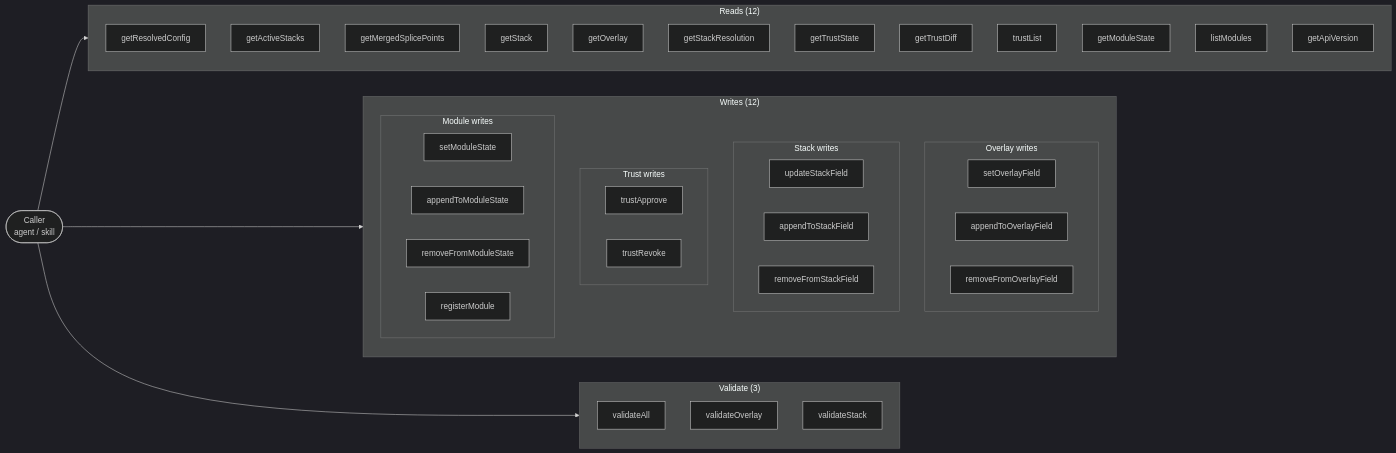
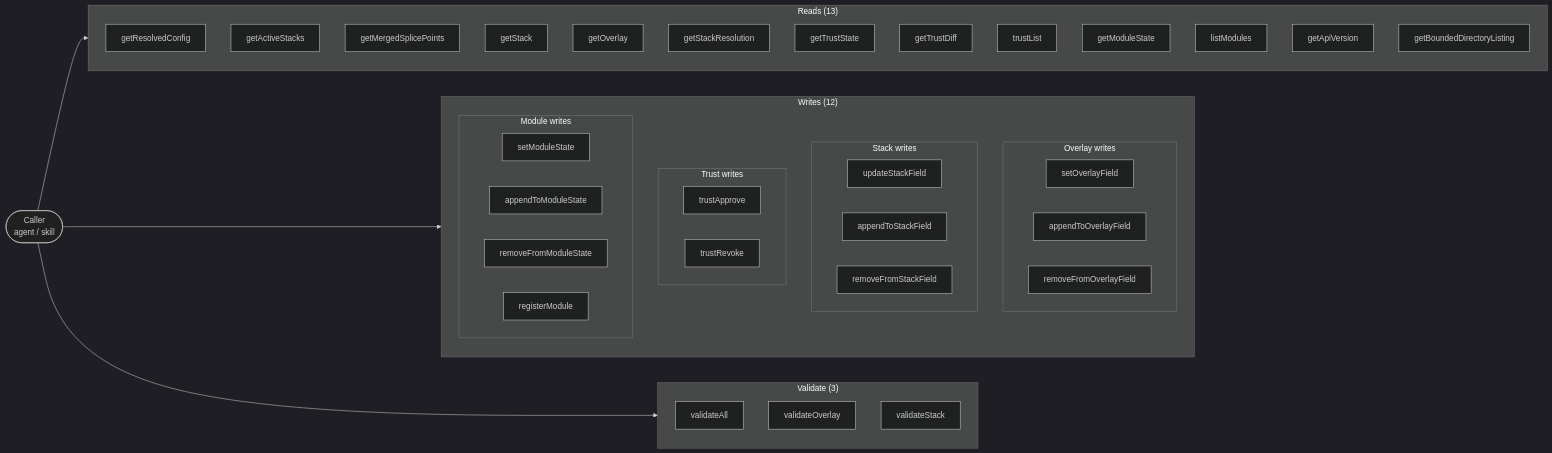
The first of 5 diagrams in documentation/config-server.md (Thomas-AppForceOne/ClaudeAgents), drawn with Mermaid (dark theme) before and after one commit. The commit also changed 31 other files, not shown here.

````diff
--- a/documentation/config-server.md
+++ b/documentation/config-server.md
@@ -9,53 +9,54 @@
 ```mermaid
 flowchart LR
-    subgraph READS["Reads (12)"]
+    subgraph READS["Reads (13)"]
         direction TB
         R1["getResolvedConfig"]
         R2["getActiveStacks"]
         R3["getMergedSplicePoints"]
         R4["getStack"]
         R5["getOverlay"]
         R6["getStackResolution"]
         R7["getTrustState"]
         R8["getTrustDiff"]
         R9["trustList"]
         R10["getModuleState"]
         R11["listModules"]
         R12["getApiVersion"]
+        R13["getBoundedDirectoryListing"]
     end
 
     subgraph WRITES["Writes (12)"]
         direction TB
         subgraph OVW["Overlay writes"]
             W1["setOverlayField"]
             W2["appendToOverlayField"]
             W3["removeFromOverlayField"]
         end
         subgraph SKW["Stack writes"]
             W4["updateStackField"]
             W5["appendToStackField"]
             W6["removeFromStackField"]
         end
         subgraph TRW["Trust writes"]
             W7["trustApprove"]
             W8["trustRevoke"]
         end
         subgraph MOW["Module writes"]
             W9["setModuleState"]
             W10["appendToModuleState"]
             W11["removeFromModuleState"]
             W12["registerModule"]
         end
     end
 
     subgraph VALIDATE["Validate (3)"]
         direction TB
         V1["validateAll"]
         V2["validateOverlay"]
         V3["validateStack"]
     end
 
     CALLER(["Caller\nagent / skill"]) --> READS
     CALLER --> WRITES
     CALLER --> VALIDATE
 ```
````
